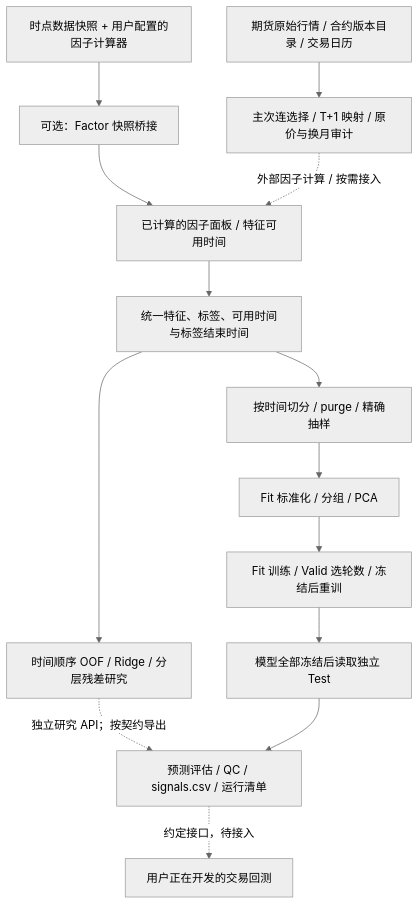
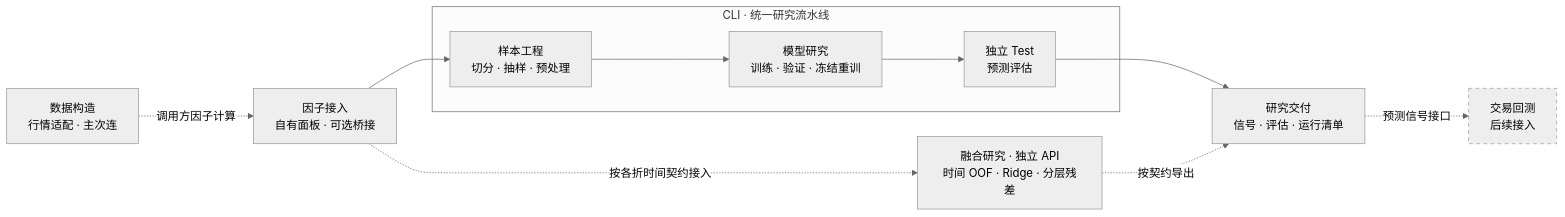
Before and after one commit to meijiahao003-prog/Quant-Display: the diagram in README.md, drawn with Mermaid (neutral theme). The commit also changed other lines of this file, not shown here.

Commit message:
Present quantitative research architecture and independent factor showcase

````diff
--- a/README.md
+++ b/README.md
@@ -13,16 +15,21 @@
 ```mermaid
-flowchart TD
-    A["时点数据快照 + 用户配置的因子计算器"] --> B["可选：Factor 快照桥接"]
-    B --> C["已计算的因子面板 / 特征可用时间"]
-    D["期货原始行情 / 合约版本目录 / 交易日历"] --> E["主次连选择 / T+1 映射 / 原价与换月审计"]
-    E -. "外部因子计算 / 按需接入" .-> C
-    C --> F["统一特征、标签、可用时间与标签结束时间"]
-    F --> G["按时间切分 / purge / 精确抽样"]
-    G --> H["Fit 标准化 / 分组 / PCA"]
-    H --> I["Fit 训练 / Valid 选轮数 / 冻结后重训"]
-    F --> J["时间顺序 OOF / Ridge / 分层残差研究"]
-    I --> K["模型全部冻结后读取独立 Test"]
-    J -. "独立研究 API；按契约导出" .-> L
-    K --> L["预测评估 / QC / signals.csv / 运行清单"]
-    L -. "约定接口，待接入" .-> M["用户正在开发的交易回测"]
+flowchart LR
+    D["数据构造<br/>行情适配 · 主次连"]
+    F["因子接入<br/>自有面板 · 可选桥接"]
+    subgraph CLI["CLI · 统一研究流水线"]
+        P["样本工程<br/>切分 · 抽样 · 预处理"]
+        M["模型研究<br/>训练 · 验证 · 冻结重训"]
+        T["独立 Test<br/>预测评估"]
+        P --> M --> T
+    end
+    R["融合研究 · 独立 API<br/>时间 OOF · Ridge · 分层残差"]
+    O["研究交付<br/>信号 · 评估 · 运行清单"]
+    B["交易回测<br/>后续接入"]
+    D -. "调用方因子计算" .-> F
+    F --> P
+    T --> O
+    F -. "按各折时间契约接入" .-> R
+    R -. "按契约导出" .-> O
+    O -. "预测信号接口" .-> B
+    style B stroke-dasharray: 5 5
 ```
````
